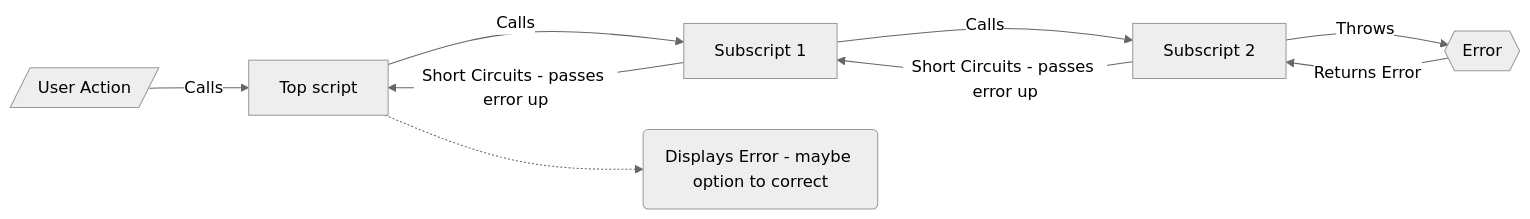
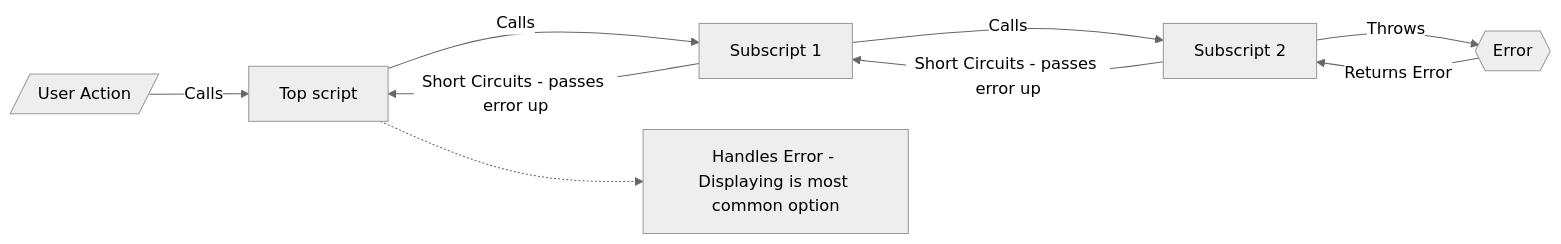
Before and after one commit to CloudChi/FX-Framework: the second of 2 diagrams in Error_Trapping_Returning.md, drawn with Mermaid (neutral theme). The commit also changed other lines of this file and 2 other files, not shown here.

````diff
--- a/Error_Trapping_Returning.md
+++ b/Error_Trapping_Returning.md
@@ -30,11 +30,11 @@
 ```mermaid
 graph LR
     A[/User Action/] -- Calls --> B[Top script] 
     B -- Calls --> C[Subscript 1] 
     C -- Calls --> D[Subscript 2] 
     D -- Throws --> E{{Error}}
     E -- Returns Error --> D
     D -- Short Circuits - passes error up --> C
     C -- Short Circuits - passes error up --> B
-    B -.-> H(Displays Error - maybe option to correct)
+    B -.-> H[Handles Error - Displaying is most common option]
 ```
````
